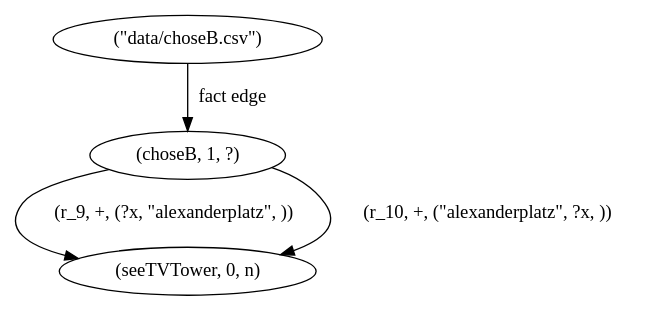
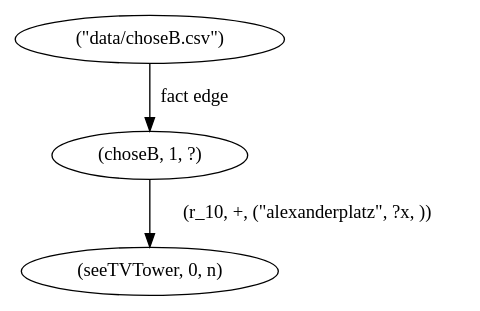
One commit to Leo-Aus-Berlin/nemo-metamorphic-testing changed the diagram in mtf_EXP_20781/debug/2adg_restricted_to_seeTVTower.dot. Above: the diagram before and after it, drawn with Graphviz. The commit also changed 87 other files, not shown here.

```diff
--- a/mtf_EXP_20781/debug/2adg_restricted_to_seeTVTower.dot
+++ b/mtf_EXP_20781/debug/2adg_restricted_to_seeTVTower.dot
@@ -1,8 +1,7 @@
 digraph {
     2 [ label = "(choseB, 1, ?)" ]
     7 [ label = "(seeTVTower, 0, n)" ]
     12 [ label = "(\"data/choseB.csv\")" ]
     12 -> 2 [ label = "fact edge" ]
-    2 -> 7 [ label = "(r_9, +, (?x, \"alexanderplatz\", ))" ]
     2 -> 7 [ label = "(r_10, +, (\"alexanderplatz\", ?x, ))" ]
 }
```
